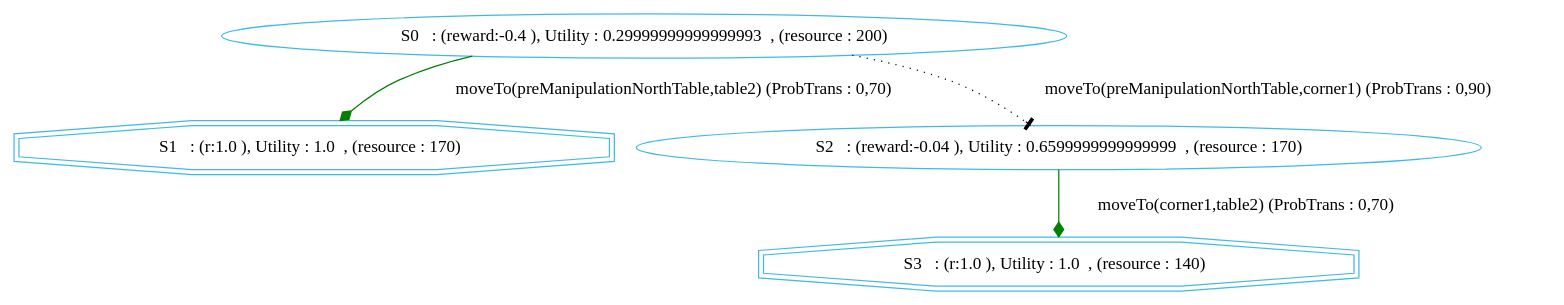
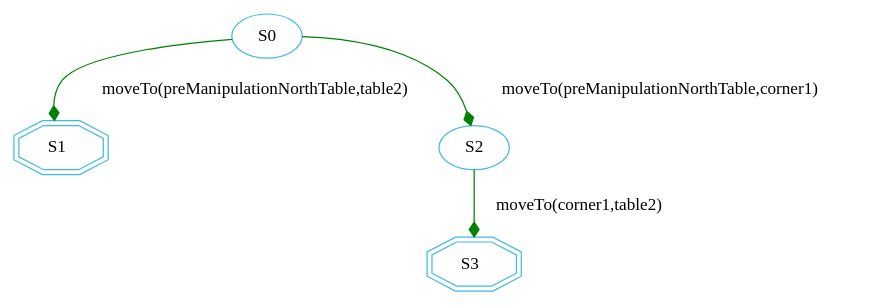
Before and after one commit to htiraHatem/CHIMP_MDP: the diagram in chimp/src/main/java/examples/MDP/RACE/test_m_moveTo1.dot, drawn with Graphviz. The commit also changed 3 other files, not shown here.

Commit message:
easy graph results

```diff
--- a/chimp/src/main/java/examples/MDP/RACE/test_m_moveTo1.dot
+++ b/chimp/src/main/java/examples/MDP/RACE/test_m_moveTo1.dot
@@ -1,9 +1,11 @@
 digraph {
   node [color="#40b9e5" ]
  size="60,17";
-"1" [label=" S1   : (r:1.0 ), Utility : 1.0  , (resource : 170)  " shape=doubleoctagon];
-"3" [label=" S3   : (r:1.0 ), Utility : 1.0  , (resource : 140)  " shape=doubleoctagon];
-"0" [label=" S0   : (reward:-0.4 ), Utility : 0.29999999999999993  , (resource : 200) "]"2" [label=" S2   : (reward:-0.04 ), Utility : 0.6599999999999999  , (resource : 170) "]"0" -> "1" [ label="moveTo(preManipulationNorthTable,table2) (ProbTrans : 0,70)"
-, arrowhead = diamond , color=green];"0" -> "2" [ label="moveTo(preManipulationNorthTable,corner1) (ProbTrans : 0,90)"
-,style=dotted, arrowhead=tee];"2" -> "3" [ label="moveTo(corner1,table2) (ProbTrans : 0,70)"
+"1" [label=" S1  " shape=doubleoctagon];
+"3" [label=" S3  " shape=doubleoctagon];
+"0" [label=" S0 "];
+"2" [label=" S2 "];
+"0" -> "1" [ label="moveTo(preManipulationNorthTable,table2)"
+, arrowhead = diamond , color=green];"0" -> "2" [ label="moveTo(preManipulationNorthTable,corner1)"
+, arrowhead = diamond , color=green];"2" -> "3" [ label="moveTo(corner1,table2)"
 , arrowhead = diamond , color=green];}
```
